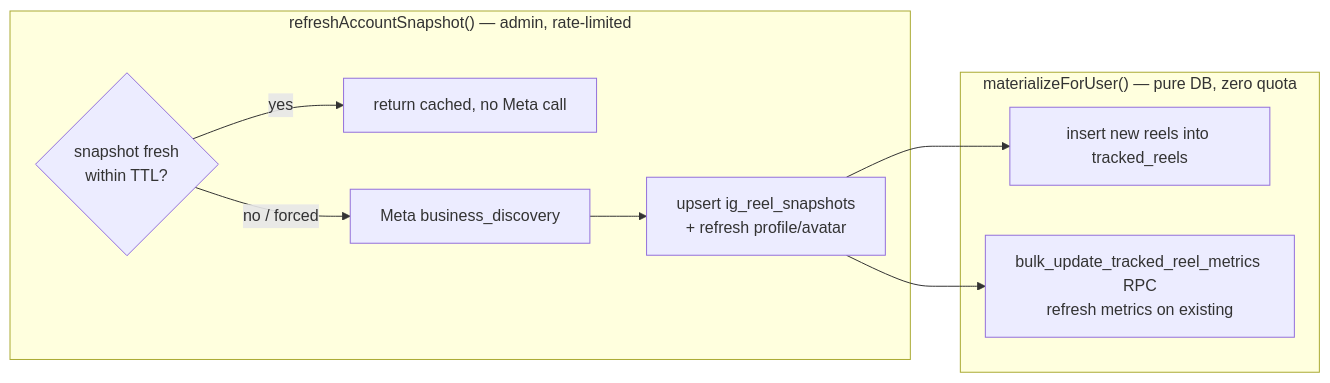
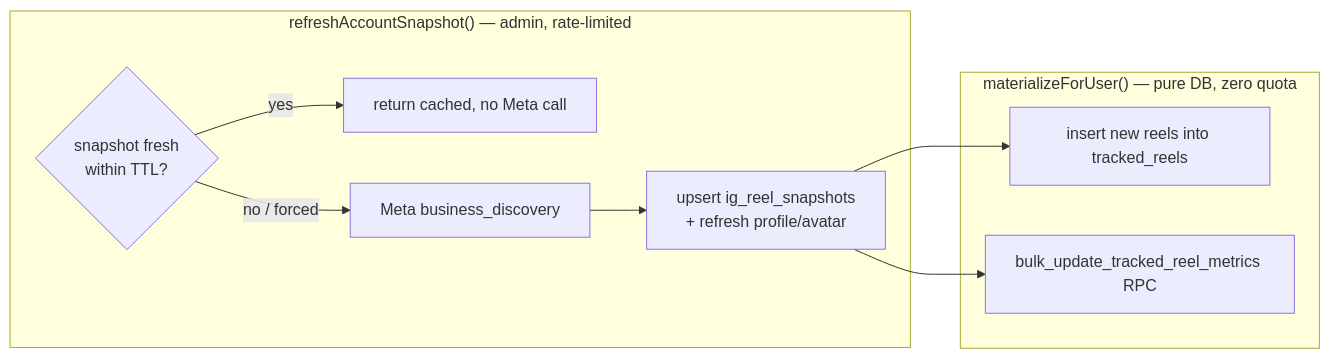
One commit to EngMajdSayedTaha/reelspy changed the fourth of 11 diagrams in docs/product/01-technical-documentation.md. Above: the diagram before and after it, drawn with Mermaid. The commit also changed other lines of this file and 11 other files, not shown here.

````diff
--- a/docs/product/01-technical-documentation.md
+++ b/docs/product/01-technical-documentation.md
@@ -203,12 +231,12 @@
 ```mermaid
 flowchart LR
     subgraph Fetch["refreshAccountSnapshot() — admin, rate-limited"]
         A{snapshot fresh<br/>within TTL?} -->|yes| SKIP[return cached, no Meta call]
         A -->|no / forced| M[Meta business_discovery]
         M --> UP[upsert ig_reel_snapshots<br/>+ refresh profile/avatar]
     end
     subgraph Mat["materializeForUser() — pure DB, zero quota"]
         UP --> INS[insert new reels into tracked_reels]
-        UP --> BULK[bulk_update_tracked_reel_metrics RPC<br/>refresh metrics on existing]
+        UP --> BULK[bulk_update_tracked_reel_metrics RPC]
     end
 ```
````
